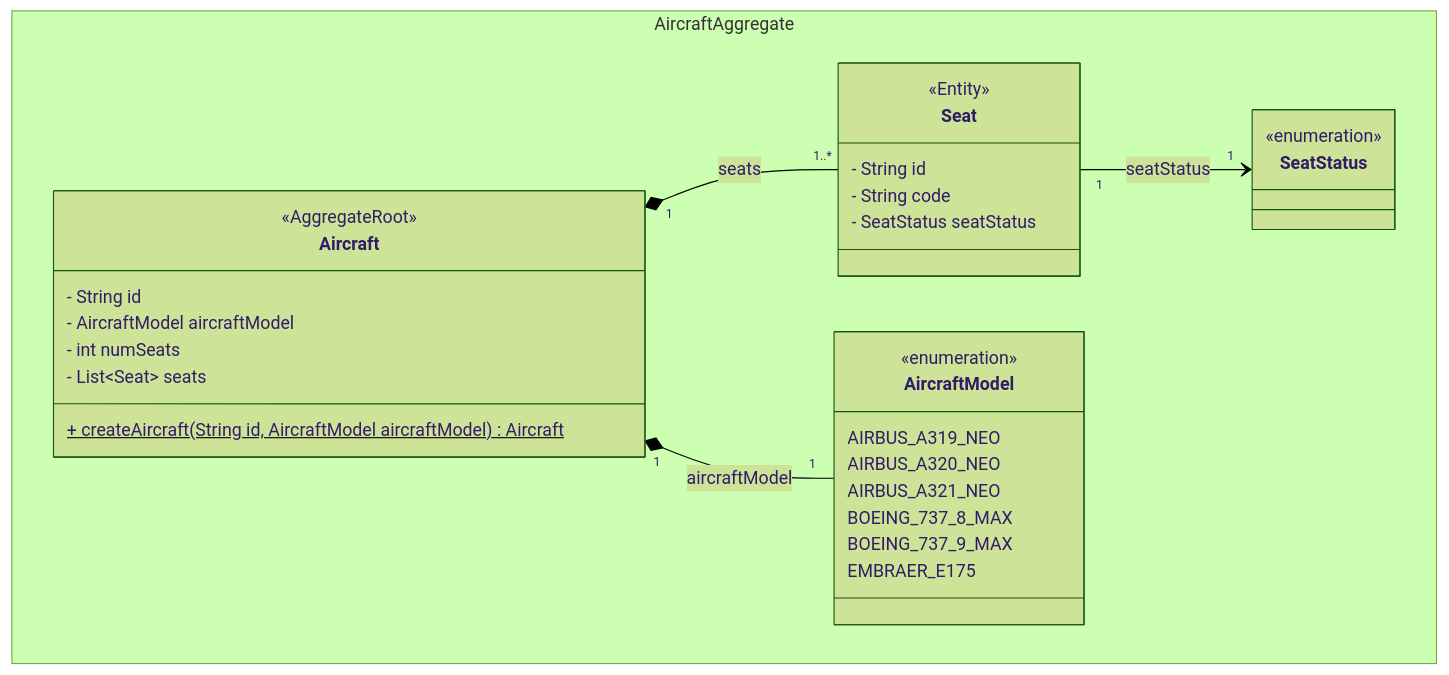
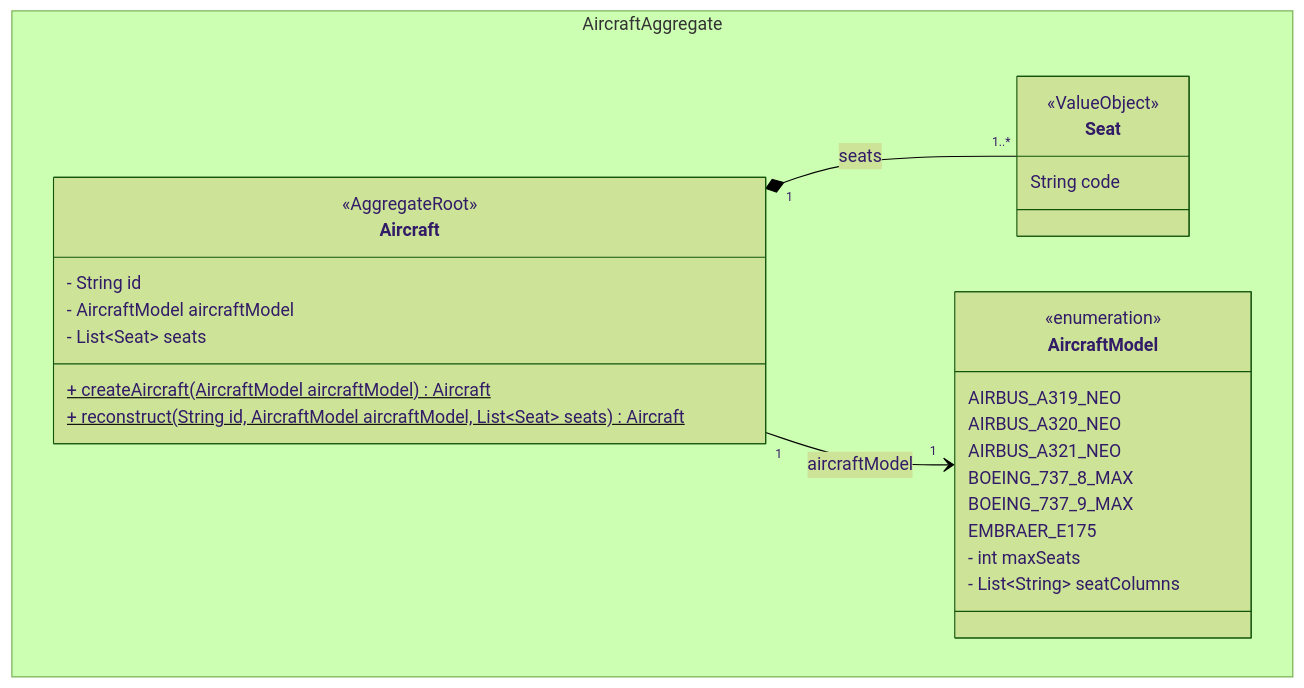
Before and after one commit to Joab-SC/skyline: the diagram in docs/aircraft-aggregate/aircraft-aggregate-code.md, drawn with Mermaid (forest theme). The commit also changed 15 other files, not shown here.

````diff
--- a/docs/aircraft-aggregate/aircraft-aggregate-code.md
+++ b/docs/aircraft-aggregate/aircraft-aggregate-code.md
@@ -1,39 +1,34 @@
 ```mermaid
 classDiagram
 direction TB
 namespace AircraftAggregate {
-class Aircraft {
-<<AggregateRoot>>
-- String id
-- AircraftModel aircraftModel
-- int numSeats
-- List~Seat~ seats
-+ createAircraft(String id, AircraftModel aircraftModel) Aircraft$
-}
+    class Aircraft {
+        <<AggregateRoot>>
+        - String id
+        - AircraftModel aircraftModel
+        - List~Seat~ seats
+        + createAircraft(AircraftModel aircraftModel) Aircraft$
+        + reconstruct(String id, AircraftModel aircraftModel, List~Seat~ seats) Aircraft$
+    }
 
     class Seat {
-        <<Entity>>
-        - String id
-        - String code
-        - SeatStatus seatStatus
-    }
-
-    class SeatStatus {
-        <<enumeration>>
+        <<ValueObject>>
+        String code
     }
 
     class AircraftModel {
         <<enumeration>>
         AIRBUS_A319_NEO
         AIRBUS_A320_NEO
         AIRBUS_A321_NEO
         BOEING_737_8_MAX
         BOEING_737_9_MAX
         EMBRAER_E175
+        - int maxSeats
+        - List~String~ seatColumns
     }
 }
 
 Aircraft "1" *-- "1..*" Seat : seats
-Aircraft "1" *-- "1" AircraftModel : aircraftModel
-Seat "1" --> "1" SeatStatus : seatStatus
+Aircraft "1" --> "1" AircraftModel : aircraftModel
 ```
````
